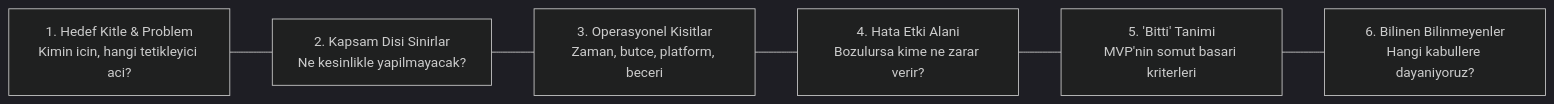
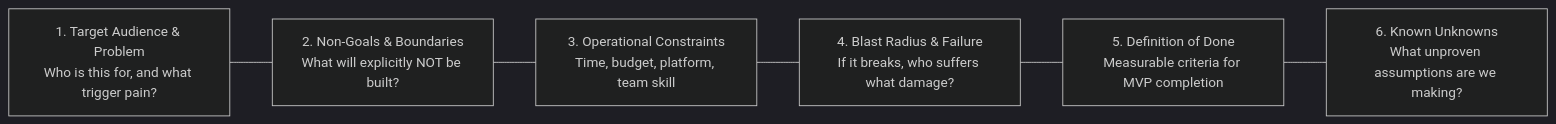
Before and after one commit to Eyokurt/project-from-scratch: the fourth of 5 diagrams in README.md, drawn with Mermaid (dark theme). The commit also changed other lines of this file and 12 other files, not shown here.

````diff
--- a/README.md
+++ b/README.md
@@ -118,8 +118,8 @@
 ```mermaid
 flowchart LR
-    D1["1. Hedef Kitle & Problem\nKimin icin, hangi tetikleyici aci?"] --- D2["2. Kapsam Disi Sinirlar\nNe kesinlikle yapilmayacak?"]
-    D2 --- D3["3. Operasyonel Kisitlar\nZaman, butce, platform, beceri"]
-    D3 --- D4["4. Hata Etki Alani\nBozulursa kime ne zarar verir?"]
-    D4 --- D5["5. 'Bitti' Tanimi\nMVP'nin somut basari kriterleri"]
-    D5 --- D6["6. Bilinen Bilinmeyenler\nHangi kabullere dayaniyoruz?"]
+    D1["1. Target Audience & Problem\nWho is this for, and what trigger pain?"] --- D2["2. Non-Goals & Boundaries\nWhat will explicitly NOT be built?"]
+    D2 --- D3["3. Operational Constraints\nTime, budget, platform, team skill"]
+    D3 --- D4["4. Blast Radius & Failure\nIf it breaks, who suffers what damage?"]
+    D4 --- D5["5. Definition of Done\nMeasurable criteria for MVP completion"]
+    D5 --- D6["6. Known Unknowns\nWhat unproven assumptions are we making?"]
 ```
````
